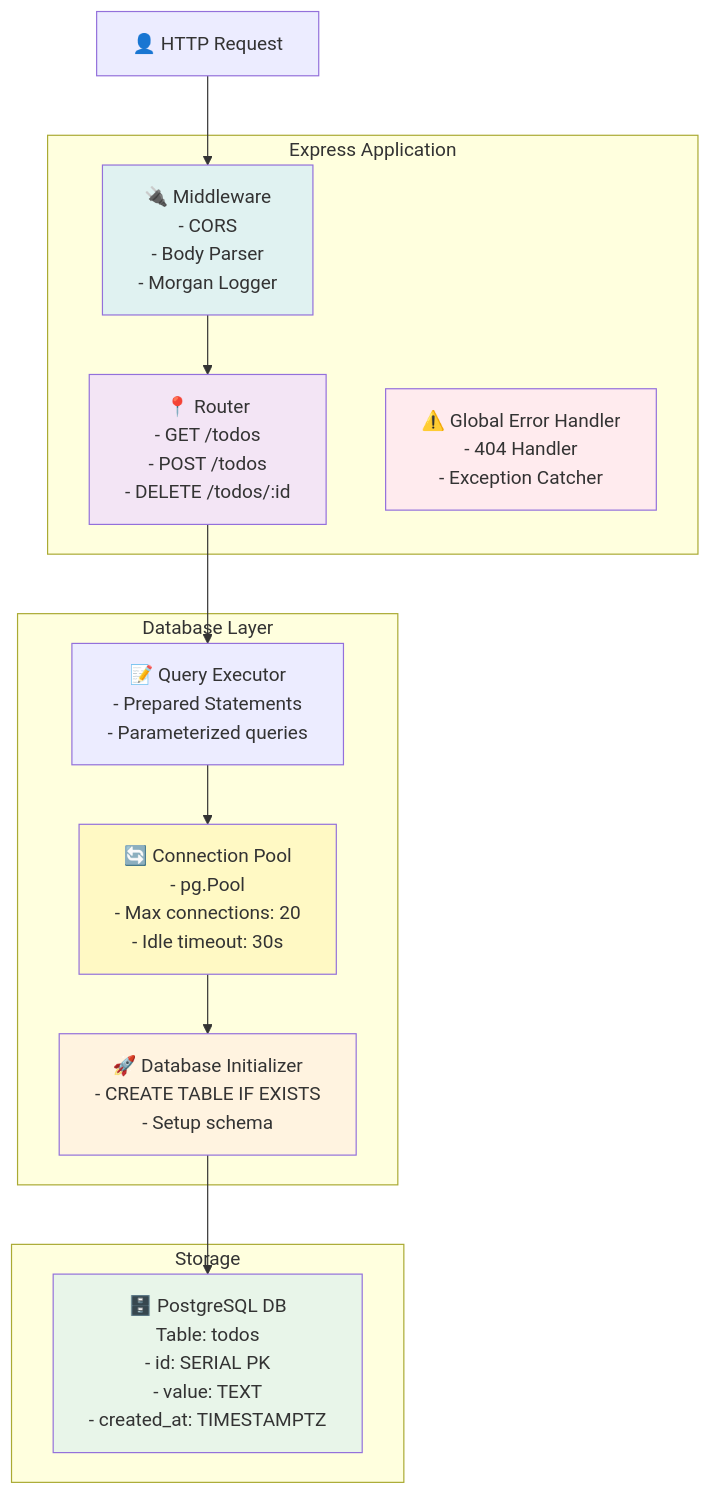
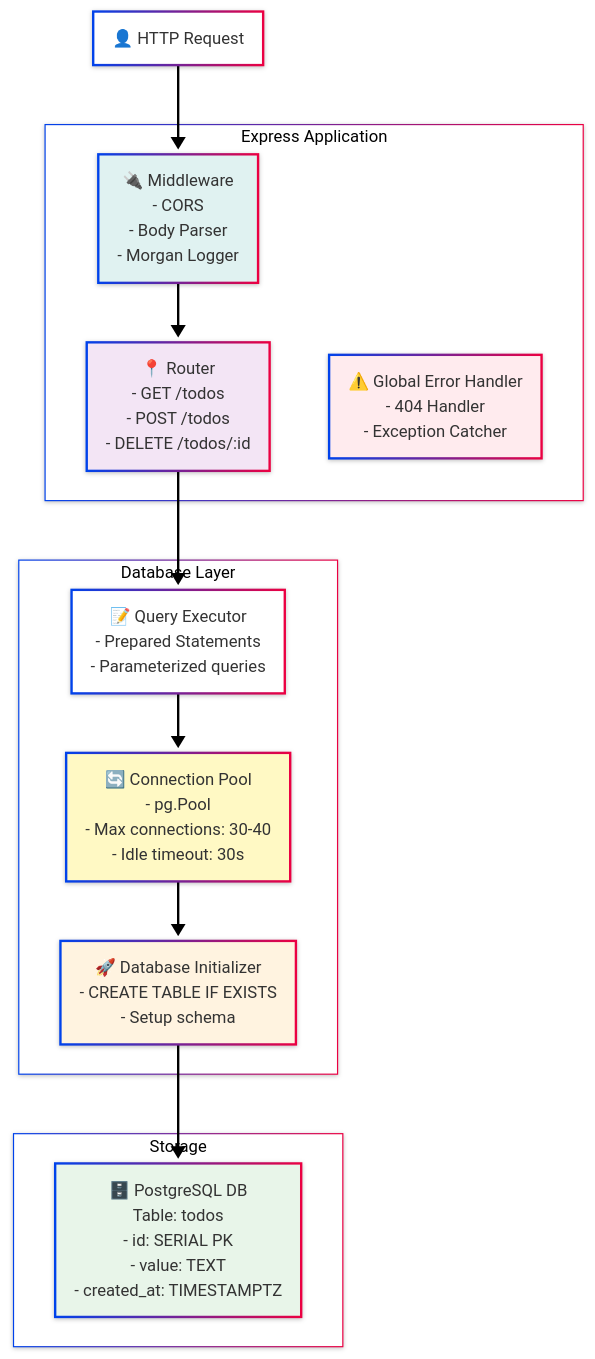
Before and after one commit to ch1fl1n/Patrones-Arqui: the third of 3 diagrams in README.md, drawn with Mermaid. The commit also changed other lines of this file, not shown here.

````diff
--- a/README.md
+++ b/README.md
@@ -86,38 +96,43 @@
 ```mermaid
+---
+config:
+  look: neo
+  theme: neo
+---
 graph
     Client["👤 HTTP Request"]
     
     subgraph Express["Express Application"]
         Router["📍 Router<br/>- GET /todos<br/>- POST /todos<br/>- DELETE /todos/:id"]
         
         Middleware["🔌 Middleware<br/>- CORS<br/>- Body Parser<br/>- Morgan Logger"]
         
         ErrorHandler["⚠️ Global Error Handler<br/>- 404 Handler<br/>- Exception Catcher"]
     end
     
     subgraph Database["Database Layer"]
-        Pool["🔄 Connection Pool<br/>- pg.Pool<br/>- Max connections: 20<br/>- Idle timeout: 30s"]
+        Pool["🔄 Connection Pool<br/>- pg.Pool<br/>- Max connections: 30-40<br/>- Idle timeout: 30s"]
         
         Init["🚀 Database Initializer<br/>- CREATE TABLE IF EXISTS<br/>- Setup schema"]
         
         Query["📝 Query Executor<br/>- Prepared Statements<br/>- Parameterized queries"]
     end
     
     subgraph Persistence["Storage"]
         PostgreSQL["🗄️ PostgreSQL DB<br/>Table: todos<br/>- id: SERIAL PK<br/>- value: TEXT<br/>- created_at: TIMESTAMPTZ"]
     end
     
     Client --> Middleware
     Middleware --> Router
     Router --> Query
     Query --> Pool
     Pool --> Init
     Init --> PostgreSQL
     
     style Router fill:#f3e5f5
     style Middleware fill:#e0f2f1
     style ErrorHandler fill:#ffebee
     style Pool fill:#fff9c4
     style Init fill:#fff3e0
     style PostgreSQL fill:#e8f5e9
 ```
````
